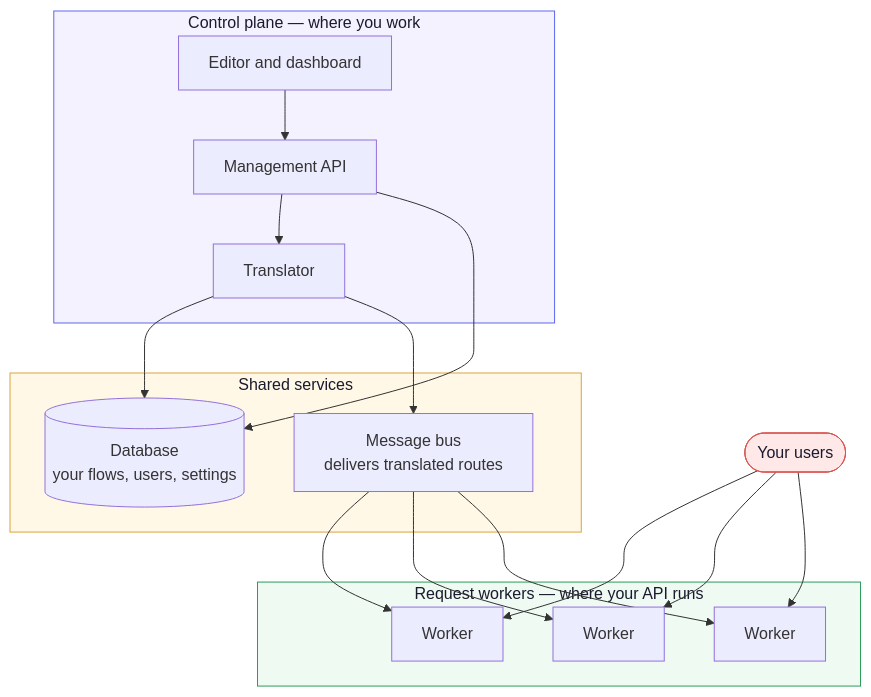
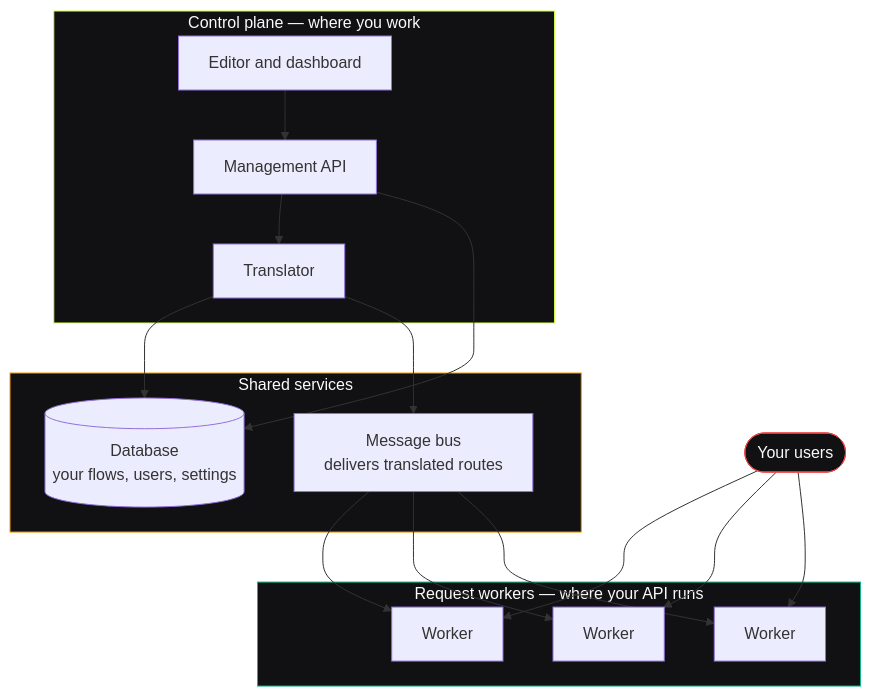
The second of 2 diagrams in docs/architecture/index.md (07prajwal2000/Fluxify), drawn with Mermaid before and after one commit. The commit also changed other lines of this file and 44 other files, not shown here.

````diff
--- a/docs/architecture/index.md
+++ b/docs/architecture/index.md
@@ -50,31 +50,31 @@
 ```mermaid
 flowchart TB
     subgraph CP["Control plane — where you work"]
         UI["Editor and dashboard"]
         API["Management API"]
         COMP["Translator"]
         UI --> API --> COMP
     end
 
     subgraph SHARED["Shared services"]
         DB[("Database<br/>your flows, users, settings")]
         BUS["Message bus<br/>delivers translated routes"]
     end
 
     subgraph RW["Request workers — where your API runs"]
         W1["Worker"]
         W2["Worker"]
         W3["Worker"]
     end
 
     API --> DB
     COMP --> DB
     COMP --> BUS
     BUS --> W1 & W2 & W3
     USERS(["Your users"]) --> W1 & W2 & W3
 
-    style CP fill:#f4f2ff,stroke:#5f67ee,color:#1a1a2e
-    style RW fill:#eefaf2,stroke:#2b9d5b,color:#1a1a2e
-    style SHARED fill:#fff8e6,stroke:#d9a441,color:#1a1a2e
-    style USERS fill:#ffe8e8,stroke:#d9534f,color:#1a1a2e
+    style CP fill:#111113,stroke:#D2FF4D,color:#FAFAFA
+    style RW fill:#111113,stroke:#10B981,color:#FAFAFA
+    style SHARED fill:#111113,stroke:#F59E0B,color:#FAFAFA
+    style USERS fill:#111113,stroke:#EF4444,color:#FAFAFA
 ```
````
